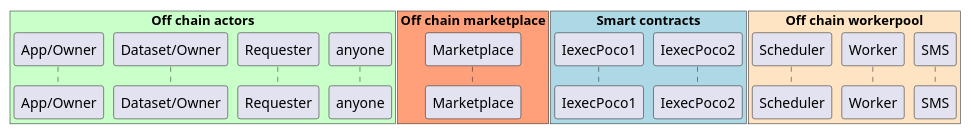
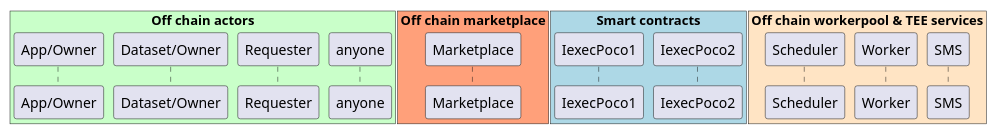
Before and after one commit to iExecBlockchainComputing/PoCo: the diagram in uml/workflow-ODB-0-actors.puml, drawn with PlantUML. The commit also changed 1 other file, not shown here.

Commit message:
add TEE services

```diff
--- a/uml/workflow-ODB-0-actors.puml
+++ b/uml/workflow-ODB-0-actors.puml
@@ -1,32 +1,32 @@
 @startuml
 
 box "Off chain actors" #TECHNOLOGY
 	participant "App/Owner" as App
 	participant "Dataset/Owner" as Dataset
     participant Requester
 	participant anyone
 end box
 box "Off chain marketplace" #LightSalmon
     participant Marketplace
 end box
 
 box "Smart contracts" #LightBlue
 	participant IexecPoco1
 	participant IexecPoco2
 end box
 
-box "Off chain workerpool" #Bisque
+box "Off chain workerpool & TEE services" #Bisque
 	participant Scheduler
 	participant Worker
 	participant SMS
 end box
 
 box "Users"
 
 end box
 
 skinparam sequenceGroupBodyBackgroundColor transparent
 
 autonumber
 
 @enduml
```
